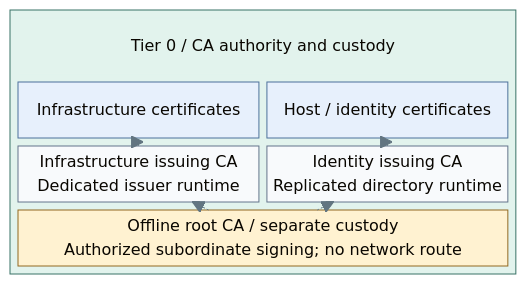
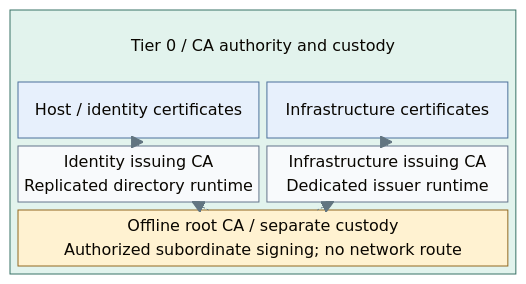
The first of 2 diagrams in docs/architecture/cryptography/certificate-authority.md (Rexus/homelab), drawn with Mermaid before and after one commit. The commit also changed other lines of this file and 89 other files, not shown here.

Commit message:
docs(deployment): align capability stages and diagrams

````diff
--- a/docs/architecture/cryptography/certificate-authority.md
+++ b/docs/architecture/cryptography/certificate-authority.md
@@ -25,27 +25,27 @@
 ```mermaid
 %%{init: {"theme":"base","flowchart":{"nodeSpacing":20,"rankSpacing":24,"padding":12,"subGraphTitleMargin":{"top":4,"bottom":12}},"themeVariables":{"lineColor":"#627581","edgeLabelBackground":"#f8fafc"}}}%%
 block-beta
   columns 1
   block:T0
     columns 2
     T0Title["Tier 0 / CA authority and custody"]:2
+    Hosts["Host / identity certificates"]
     Services["Infrastructure certificates"]
-    Hosts["Host / identity certificates"]
+    Identity["Identity issuing CA<br/>Replicated directory runtime"]
     Infrastructure["Infrastructure issuing CA<br/>Dedicated issuer runtime"]
-    Identity["Identity issuing CA<br/>Replicated directory runtime"]
     Root["Offline root CA / separate custody<br/>Authorized subordinate signing; no network route"]:2
   end
   Infrastructure --> Services
   Identity --> Hosts
   Root -.-> Infrastructure
   Root -.-> Identity
   classDef default fill:#f8fafc,stroke:#64748b,color:#1f2937
   classDef control fill:#e2f3ed,stroke:#397366,color:#173f36
   classDef controlHeading fill:#e2f3ed,stroke:#e2f3ed,color:#173f36
   classDef custody fill:#fff2d1,stroke:#926820,color:#584013
   classDef services fill:#e7f0fc,stroke:#4d719b,color:#203a5b
   class T0 control
   class T0Title controlHeading
   class Root custody
   class Services,Hosts services
 ```
````
